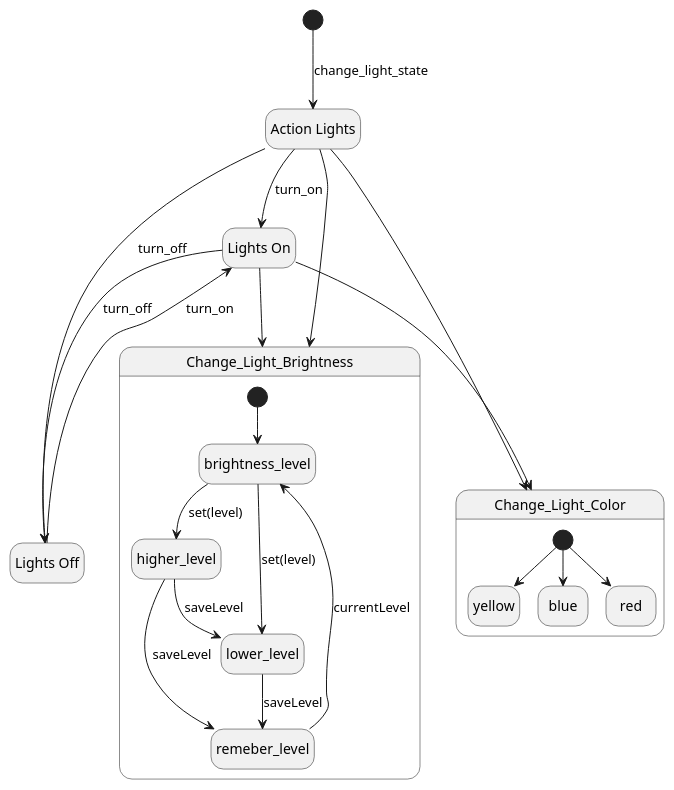
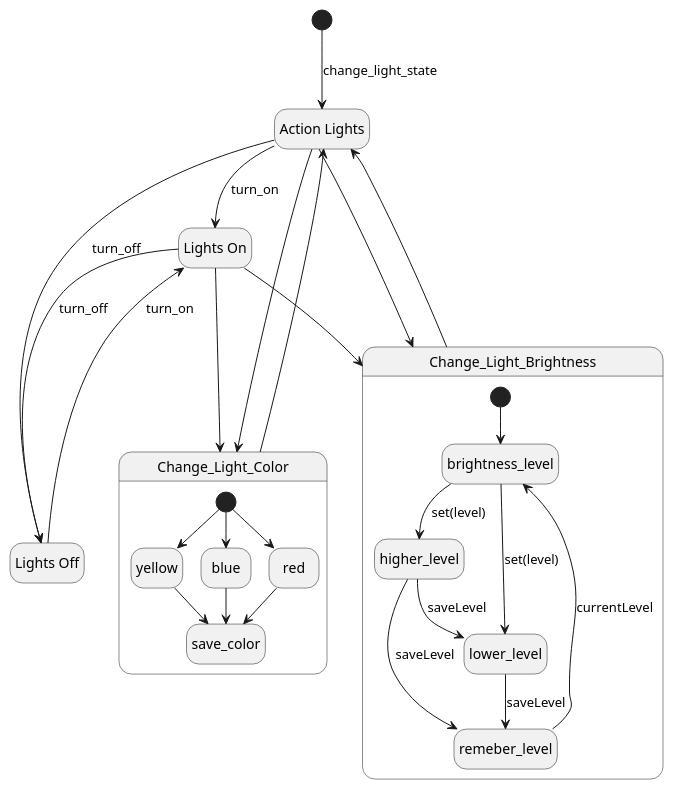
One commit to StefanBStrand/SETGruppe11HIOF changed the diagram in Diagrams/ActionLights.puml. Above: the diagram before and after it, drawn with PlantUML. The commit also changed 1 other file, not shown here.

Commit message:
Lagt til flere carcharger tilstandsdiagram.

```diff
--- a/Diagrams/ActionLights.puml
+++ b/Diagrams/ActionLights.puml
@@ -1,40 +1,46 @@
 @startuml
 'https://plantuml.com/state-diagram
 hide empty description
 
 state "Action Lights" as actionlights
 [*] --> actionlights : change_light_state
 
 state "Lights On" as lightson
 
 state "Lights Off" as lightsoff
 
 actionlights --> lightsoff : turn_off
 actionlights --> lightson : turn_on
 
 lightson --> lightsoff : turn_off
 lightsoff --> lightson : turn_on
 
 state Change_Light_Color {
 [*] --> yellow
 [*] --> blue
 [*] --> red
+yellow --> save_color
+blue --> save_color
+red --> save_color
 }
 
 actionlights --> Change_Light_Color
 lightson --> Change_Light_Color
+
+Change_Light_Color --> actionlights
 
 state Change_Light_Brightness {
 [*] --> brightness_level
 brightness_level --> higher_level : set(level)
 brightness_level --> lower_level : set(level)
 higher_level --> remeber_level : saveLevel
 higher_level --> lower_level : saveLevel
 lower_level --> remeber_level : saveLevel
 remeber_level --> brightness_level : currentLevel
 }
 
 actionlights --> Change_Light_Brightness
 lightson --> Change_Light_Brightness
+Change_Light_Brightness --> actionlights
 
 @enduml
```
